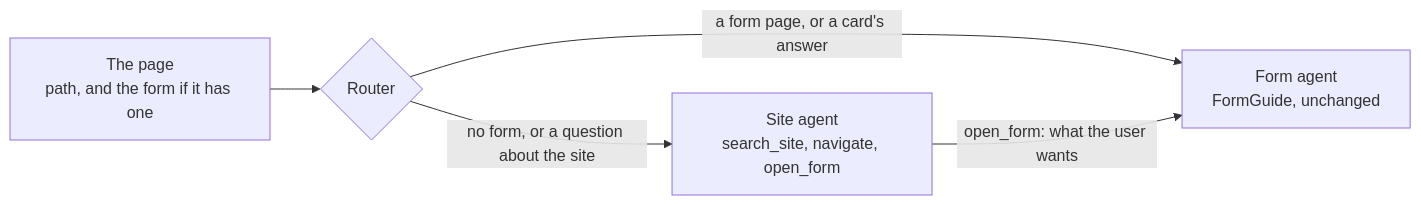
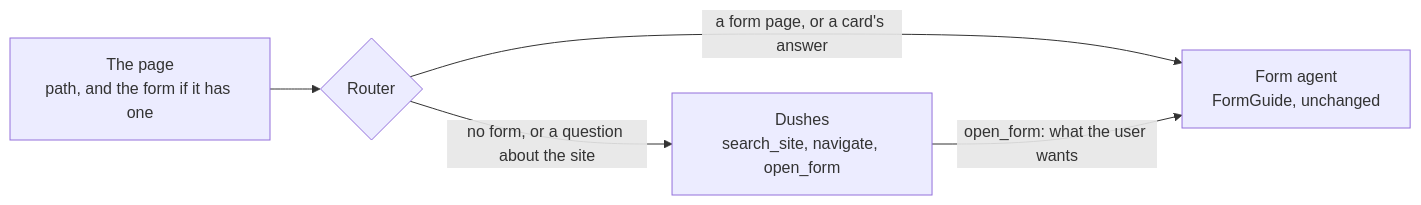
One commit to denvasylenko/dushes changed the first of 2 diagrams in site/src/content/docs/backend/dushes.mdx. Above: the diagram before and after it, drawn with Mermaid. The commit also changed other lines of this file and 34 other files, not shown here.

First line of the commit message:
Dushes: the site assistant is called Dushes everywhere

````diff
--- a/site/src/content/docs/backend/dushes.mdx
+++ b/site/src/content/docs/backend/dushes.mdx
@@ -15,7 +15,7 @@
 ```mermaid
 flowchart LR
   P["The page<br/>path, and the form if it has one"] --> R{Router}
-  R -->|"no form, or a question about the site"| S["Site agent<br/>search_site, navigate, open_form"]
+  R -->|"no form, or a question about the site"| S["Dushes<br/>search_site, navigate, open_form"]
   R -->|"a form page, or a card's answer"| F["Form agent<br/>FormGuide, unchanged"]
   S -->|"open_form: what the user wants"| F
 ```
````
